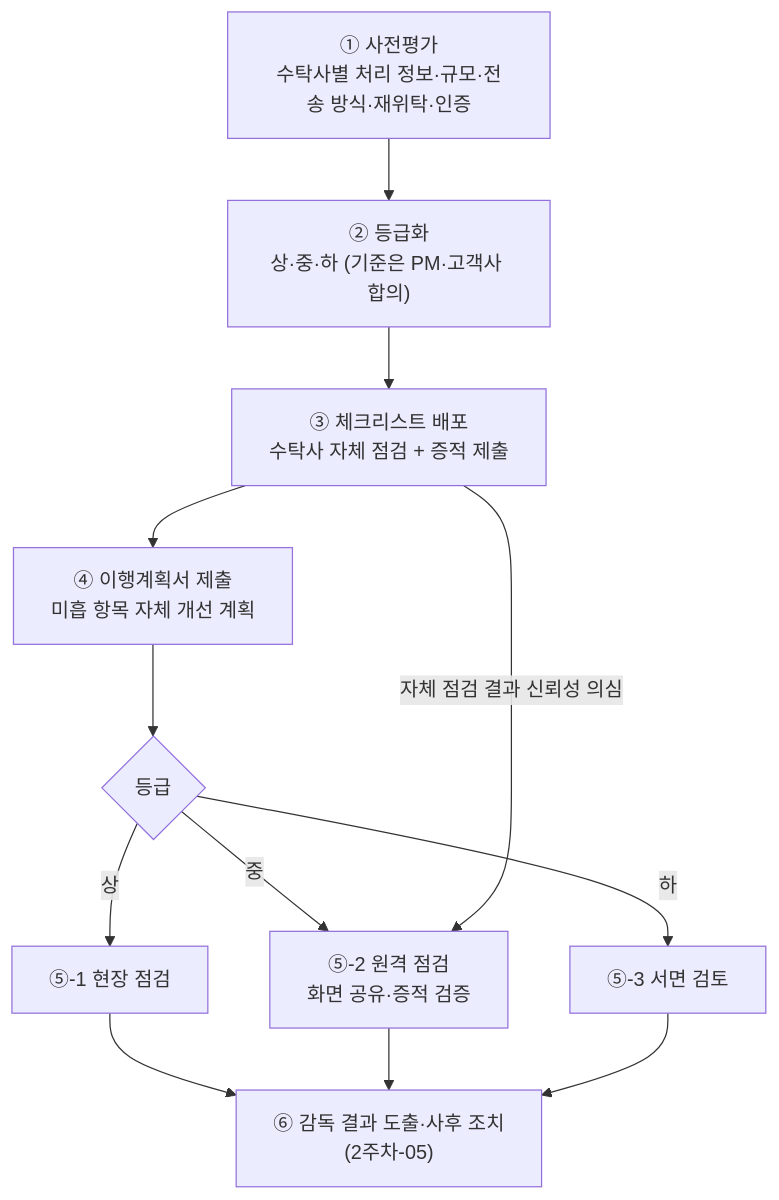
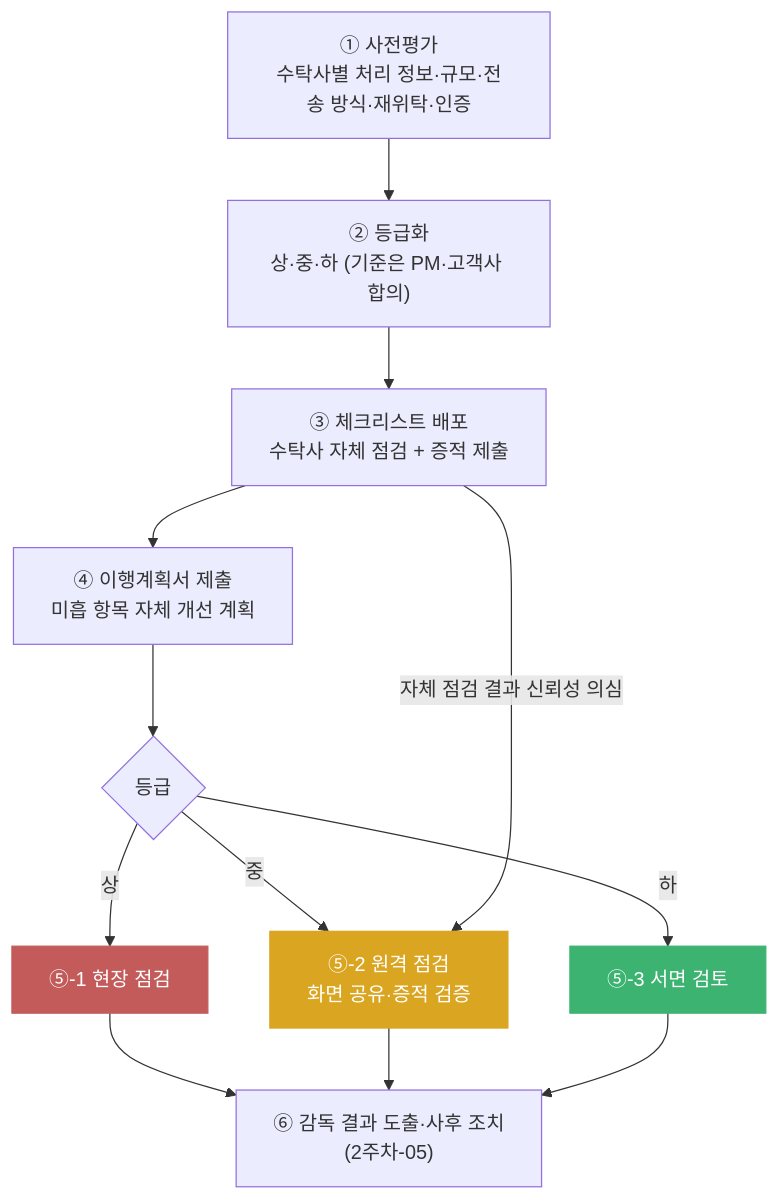
One commit to sinbearr/Advanced_PrivacyStudy changed the first of 3 diagrams in 1_학습_챕터/2주차_내부관리계획과_수탁사/04_수탁사_점검_실무.md. Above: the diagram before and after it, drawn with Mermaid. The commit also changed other lines of this file and 4 other files, not shown here.

````diff
--- a/1_학습_챕터/2주차_내부관리계획과_수탁사/04_수탁사_점검_실무.md
+++ b/1_학습_챕터/2주차_내부관리계획과_수탁사/04_수탁사_점검_실무.md
@@ -48,14 +78,20 @@
 ```mermaid
 flowchart TD
     A["① 사전평가<br/>수탁사별 처리 정보·규모·전송 방식·재위탁·인증"] --> B["② 등급화<br/>상·중·하 (기준은 PM·고객사 합의)"]
     B --> C["③ 체크리스트 배포<br/>수탁사 자체 점검 + 증적 제출"]
     C --> D["④ 이행계획서 제출<br/>미흡 항목 자체 개선 계획"]
     D --> E{"등급"}
     E -->|"상"| F["⑤-1 현장 점검"]
     E -->|"중"| G["⑤-2 원격 점검<br/>화면 공유·증적 검증"]
     E -->|"하"| H["⑤-3 서면 검토"]
     F --> I["⑥ 감독 결과 도출·사후 조치<br/>(2주차-05)"]
     G --> I
     H --> I
     C -->|"자체 점검 결과 신뢰성 의심"| G
+    classDef danger fill:#c35b5b,stroke:#c35b5b,color:#fff
+    classDef warn fill:#daa520,stroke:#daa520,color:#fff
+    classDef safe fill:#3cb371,stroke:#3cb371,color:#fff
+    class F danger
+    class G warn
+    class H safe
 ```
````
